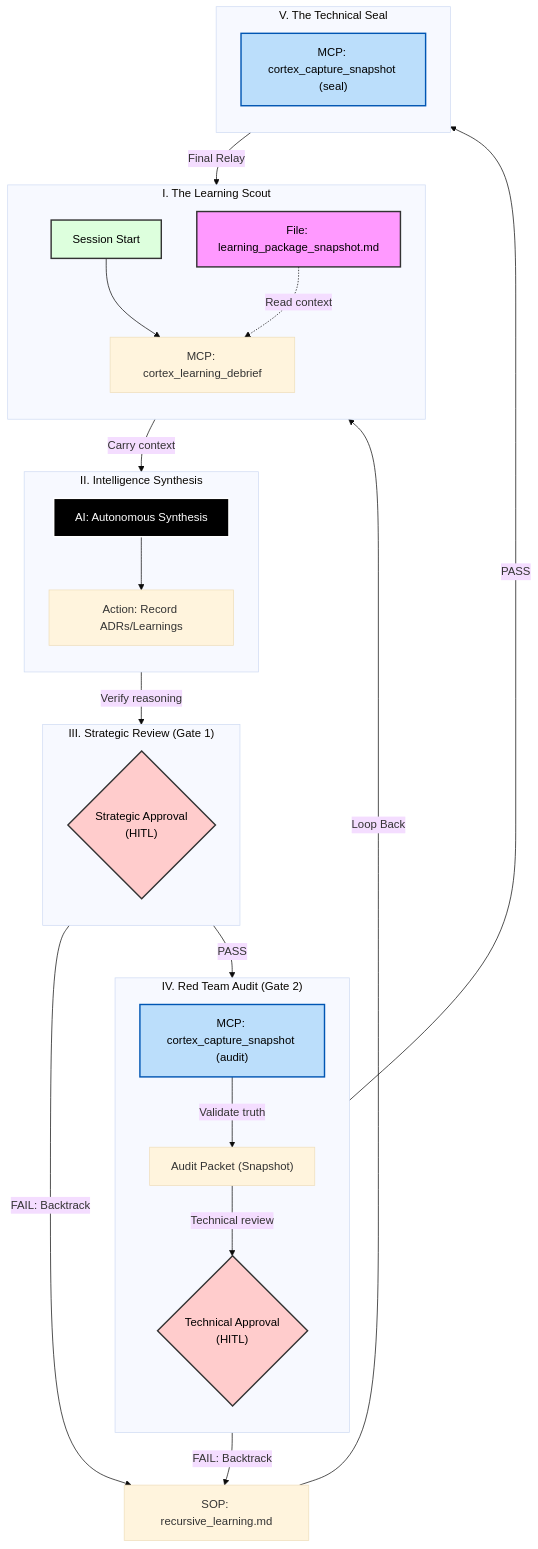
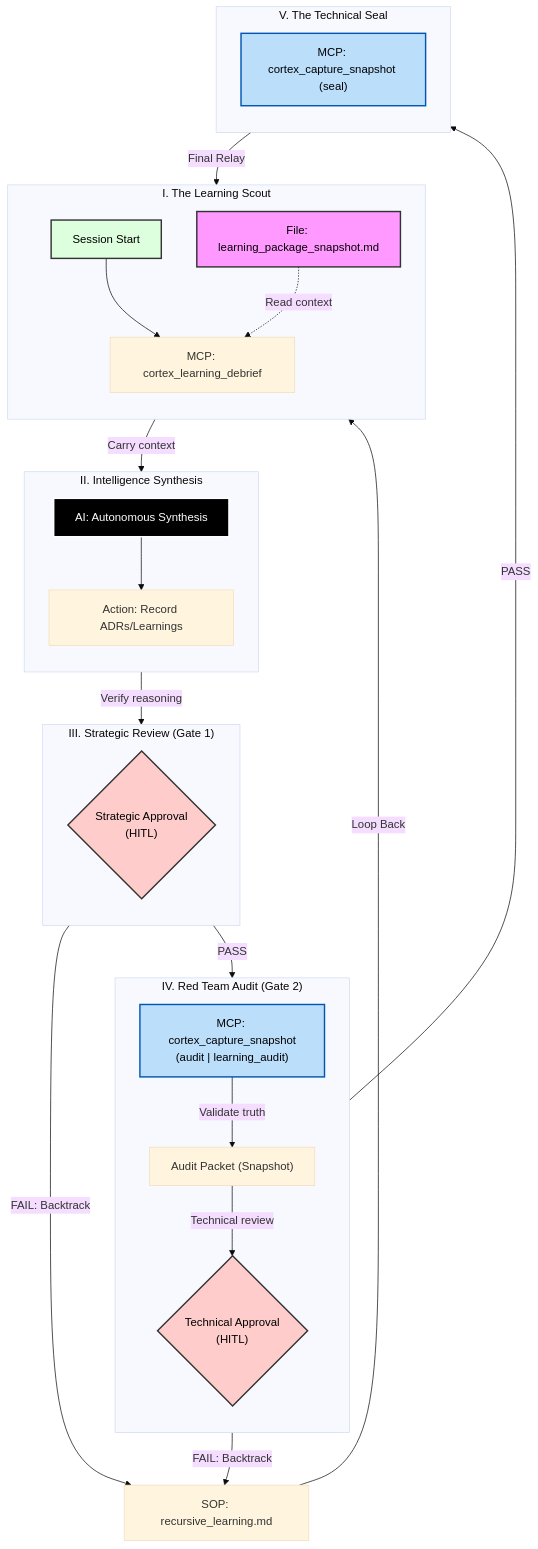
One commit to richfrem/Project_Sanctuary changed the diagram in ADRs/071_protocol_128_cognitive_continuity.md. Above: the diagram before and after it, drawn with Mermaid. The commit also changed 37 other files, not shown here.

````diff
--- a/ADRs/071_protocol_128_cognitive_continuity.md
+++ b/ADRs/071_protocol_128_cognitive_continuity.md
@@ -36,57 +36,57 @@
 ```mermaid
 ---
 config:
   layout: dagre
   theme: base
 ---
 flowchart TB
     subgraph subGraphScout["I. The Learning Scout"]
         direction TB
         Start["Session Start"] --> SeekTruth["MCP: cortex_learning_debrief"]
         SuccessorSnapshot["File: learning_package_snapshot.md"] -.->|Read context| SeekTruth
     end
 
     subgraph subGraphSynthesize["II. Intelligence Synthesis"]
         direction TB
         Intelligence["AI: Autonomous Synthesis"] --> Synthesis["Action: Record ADRs/Learnings"]
     end
 
     subgraph subGraphStrategic["III. Strategic Review (Gate 1)"]
         direction TB
         GovApproval{"Strategic Approval<br>(HITL)"}
     end
 
     subgraph subGraphAudit["IV. Red Team Audit (Gate 2)"]
         direction TB
-        CaptureAudit["MCP: cortex_capture_snapshot (audit)"]
+        CaptureAudit["MCP: cortex_capture_snapshot<br>(audit | learning_audit)"]
         Packet["Audit Packet (Snapshot)"]
         TechApproval{"Technical Approval<br>(HITL)"}
     end
 
     subgraph subGraphSeal["V. The Technical Seal"]
         direction TB
         CaptureSeal["MCP: cortex_capture_snapshot (seal)"]
     end
 
     SeekTruth -- "Carry context" --> Intelligence
     Synthesis -- "Verify reasoning" --> GovApproval
     
     GovApproval -- "PASS" --> CaptureAudit
     CaptureAudit -- "Validate truth" --> Packet
     Packet -- "Technical review" --> TechApproval
     
     TechApproval -- "PASS" --> CaptureSeal
     CaptureSeal -- "Final Relay" --> SuccessorSnapshot
     
     GovApproval -- "FAIL: Backtrack" --> SOP["SOP: recursive_learning.md"]
     TechApproval -- "FAIL: Backtrack" --> SOP
     SOP -- "Loop Back" --> Start
 
     style TechApproval fill:#ffcccc,stroke:#333,stroke-width:2px,color:black
     style GovApproval fill:#ffcccc,stroke:#333,stroke-width:2px,color:black
     style CaptureAudit fill:#bbdefb,stroke:#0056b3,stroke-width:2px,color:black
     style CaptureSeal fill:#bbdefb,stroke:#0056b3,stroke-width:2px,color:black
     style SuccessorSnapshot fill:#f9f,stroke:#333,stroke-width:2px,color:black
     style Start fill:#dfd,stroke:#333,stroke-width:2px,color:black
     style Intelligence fill:#000,stroke:#fff,stroke-width:2px,color:#fff
 ```
````
